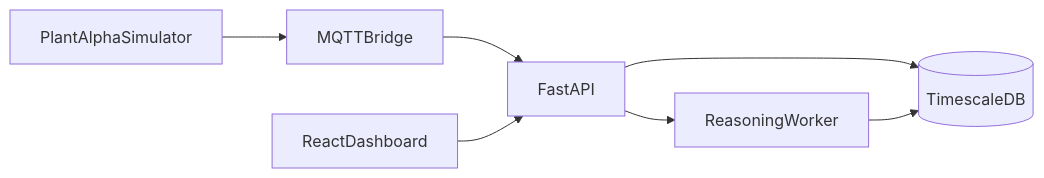
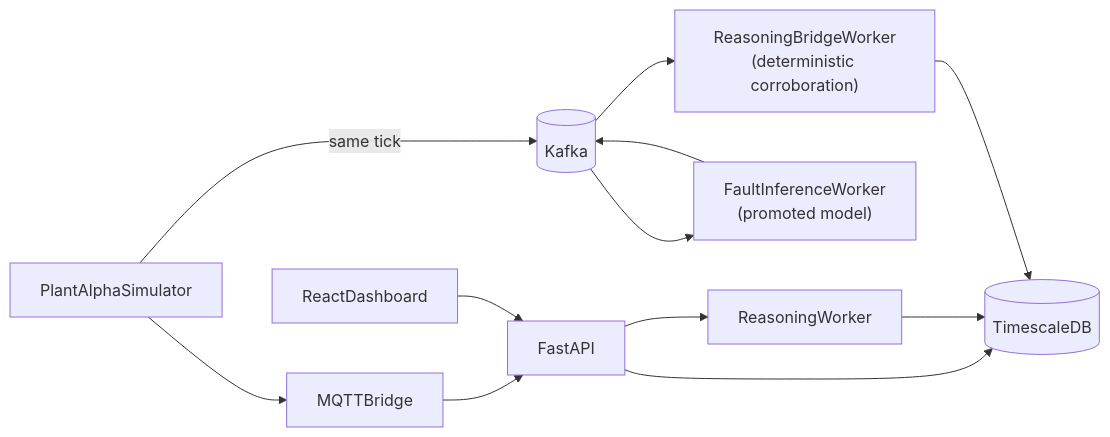
One commit to Saim-naushad/Odis changed the diagram in README.md. Above: the diagram before and after it, drawn with Mermaid. The commit also changed other lines of this file and 29 other files, not shown here.

````diff
--- a/README.md
+++ b/README.md
@@ -21,13 +21,18 @@
 ```mermaid
 flowchart LR
     plant["PlantAlphaSimulator"]
     mqtt["MQTTBridge"]
     api["FastAPI"]
     db[("TimescaleDB")]
     worker["ReasoningWorker"]
     ui["ReactDashboard"]
+    kafka[("Kafka")]
+    infW["FaultInferenceWorker\n(promoted model)"]
+    bridge["ReasoningBridgeWorker\n(deterministic corroboration)"]
 
     plant --> mqtt --> api --> db
     api --> worker --> db
     ui --> api
+
+    plant -->|"same tick"| kafka --> infW --> kafka --> bridge --> db
 ```
````
